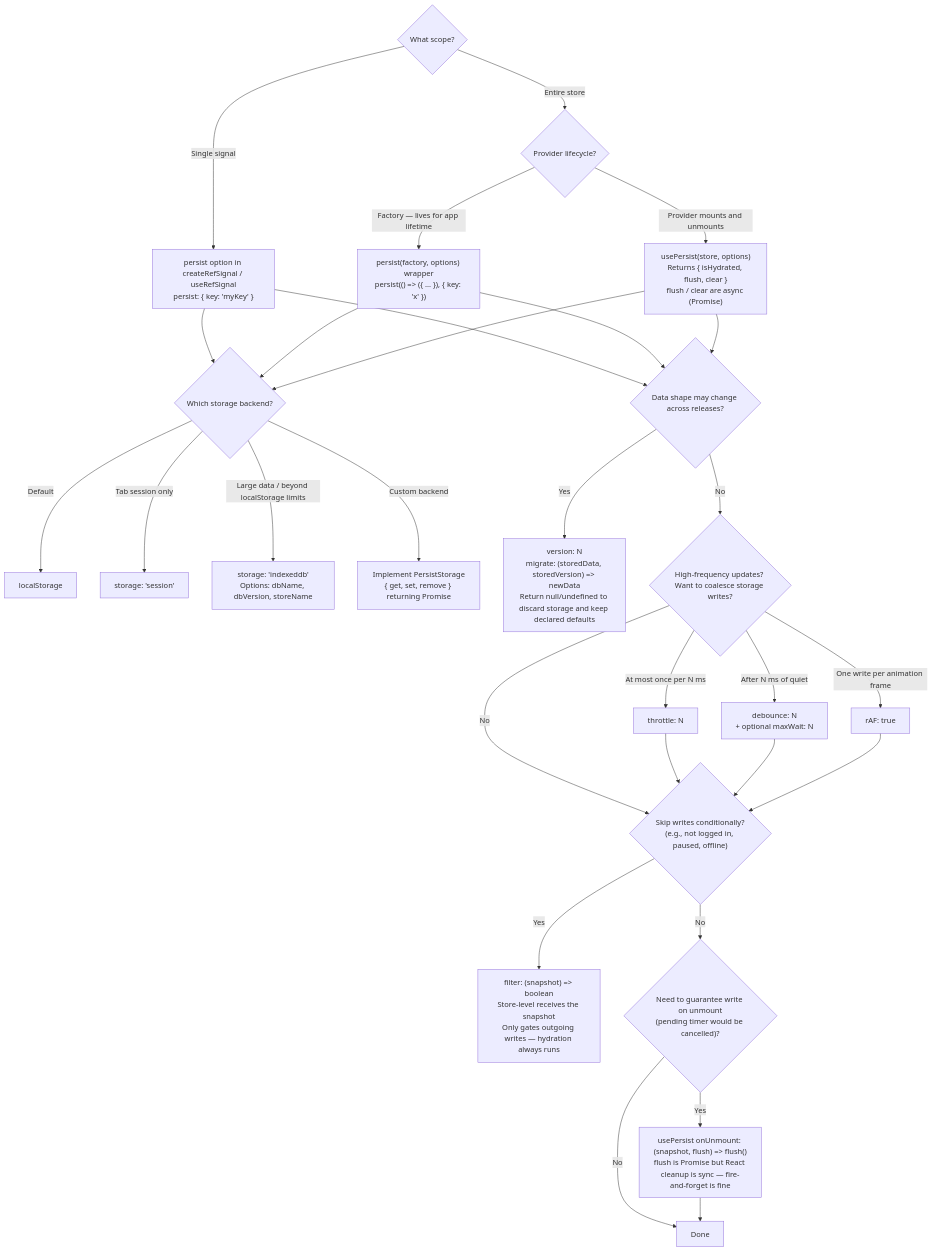
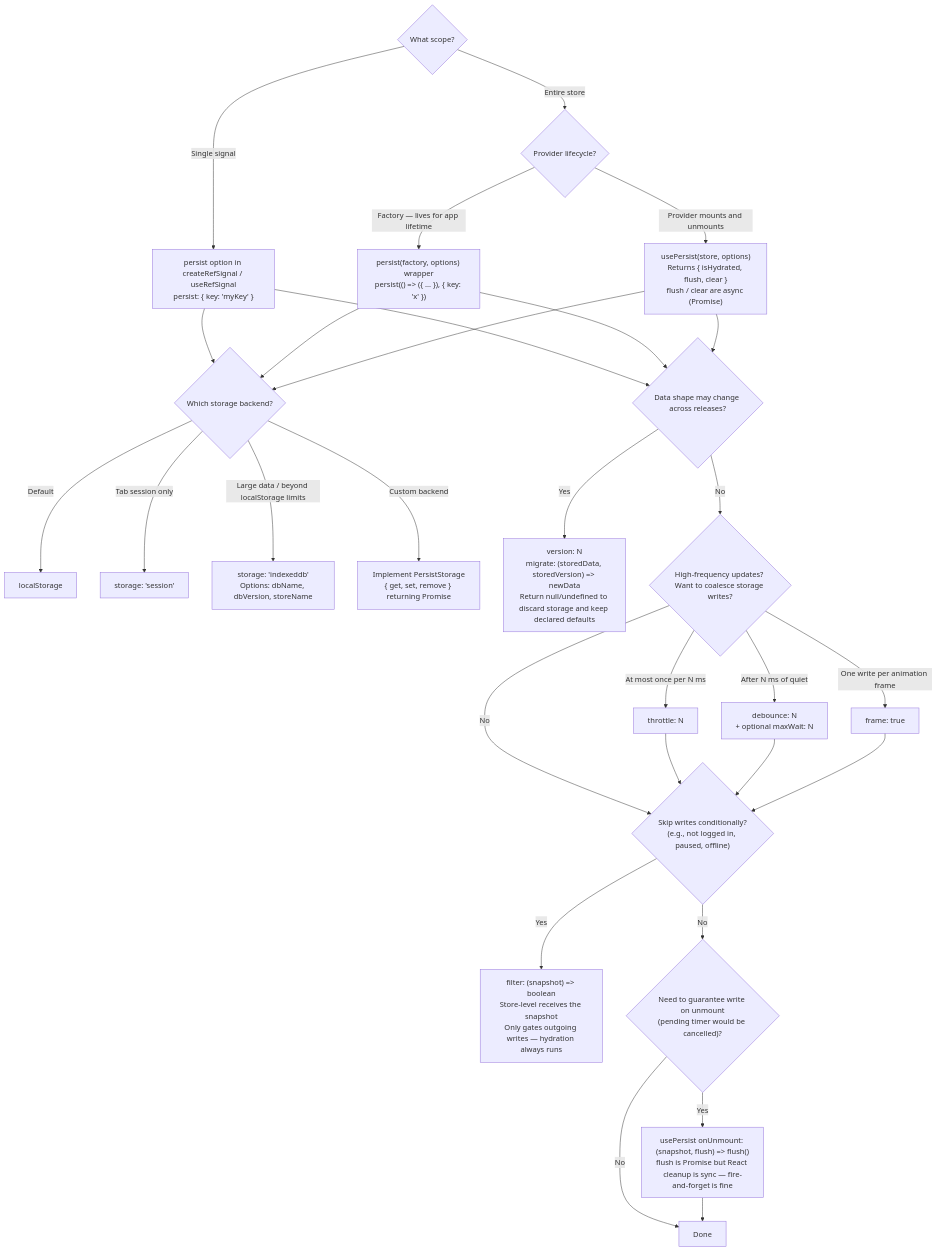
Before and after one commit to jav974/react-refsignal: the ninth of 12 diagrams in docs/decision-tree.md, drawn with Mermaid. The commit also changed other lines of this file and 25 other files, not shown here.

````diff
--- a/docs/decision-tree.md
+++ b/docs/decision-tree.md
@@ -209,36 +209,36 @@
 ```mermaid
 flowchart TD
     Q1{"What scope?"}
 
     Q1 -->|Single signal| A["persist option in createRefSignal / useRefSignal\npersist: { key: 'myKey' }"]
     Q1 -->|Entire store| Q2{"Provider lifecycle?"}
 
     Q2 -->|"Factory — lives for app lifetime"| B["persist(factory, options) wrapper\npersist(() => ({ ... }), { key: 'x' })"]
     Q2 -->|Provider mounts and unmounts| C["usePersist(store, options)\nReturns { isHydrated, flush, clear }\nflush / clear are async (Promise<void>)"]
 
     A & B & C --> Q3{"Which storage backend?"}
     Q3 -->|Default| D["localStorage"]
     Q3 -->|Tab session only| E["storage: 'session'"]
     Q3 -->|"Large data / beyond localStorage limits"| F["storage: 'indexeddb'\nOptions: dbName, dbVersion, storeName"]
     Q3 -->|Custom backend| G["Implement PersistStorage\n{ get, set, remove } returning Promise"]
 
     A & B & C --> Q4{"Data shape may change across releases?"}
     Q4 -->|Yes| H["version: N\nmigrate: (storedData, storedVersion) => newData\nReturn null/undefined to discard storage and keep declared defaults"]
     Q4 -->|No| Q5
 
     Q5{"High-frequency updates? Want to coalesce storage writes?"}
     Q5 -->|No| Qf
     Q5 -->|"At most once per N ms"| J["throttle: N"]
     Q5 -->|"After N ms of quiet"| K["debounce: N\n+ optional maxWait: N"]
-    Q5 -->|"One write per animation frame"| L["rAF: true"]
+    Q5 -->|"One write per animation frame"| L["frame: true"]
 
     J & K & L --> Qf
     Qf{"Skip writes conditionally?\n(e.g., not logged in, paused, offline)"}
     Qf -->|Yes| Fi["filter: (snapshot) => boolean\nStore-level receives the snapshot\nOnly gates outgoing writes — hydration always runs"]
     Qf -->|No| Q6
 
     Q6{"Need to guarantee write on unmount\n(pending timer would be cancelled)?"}
     Q6 -->|No| I[Done]
     Q6 -->|Yes| M["usePersist onUnmount: (snapshot, flush) => flush()\nflush is Promise<void> but React cleanup is sync — fire-and-forget is fine"]
     M --> I
 ```
````
